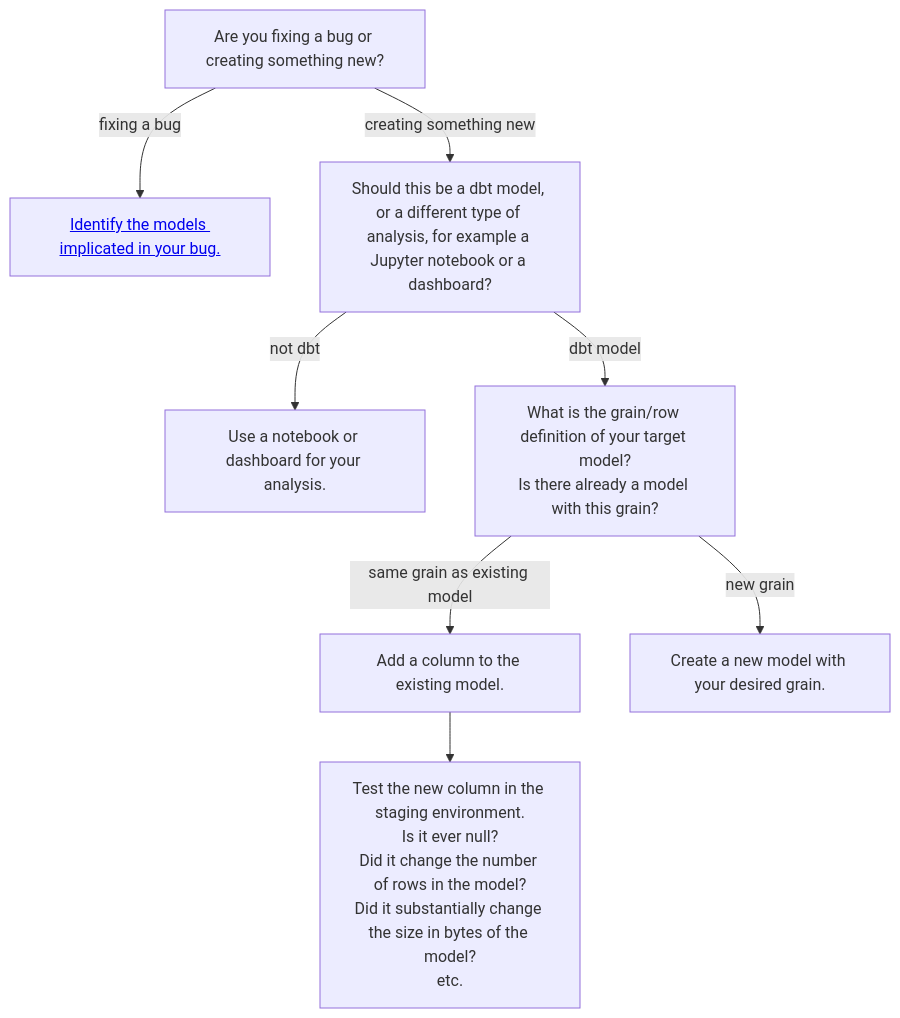
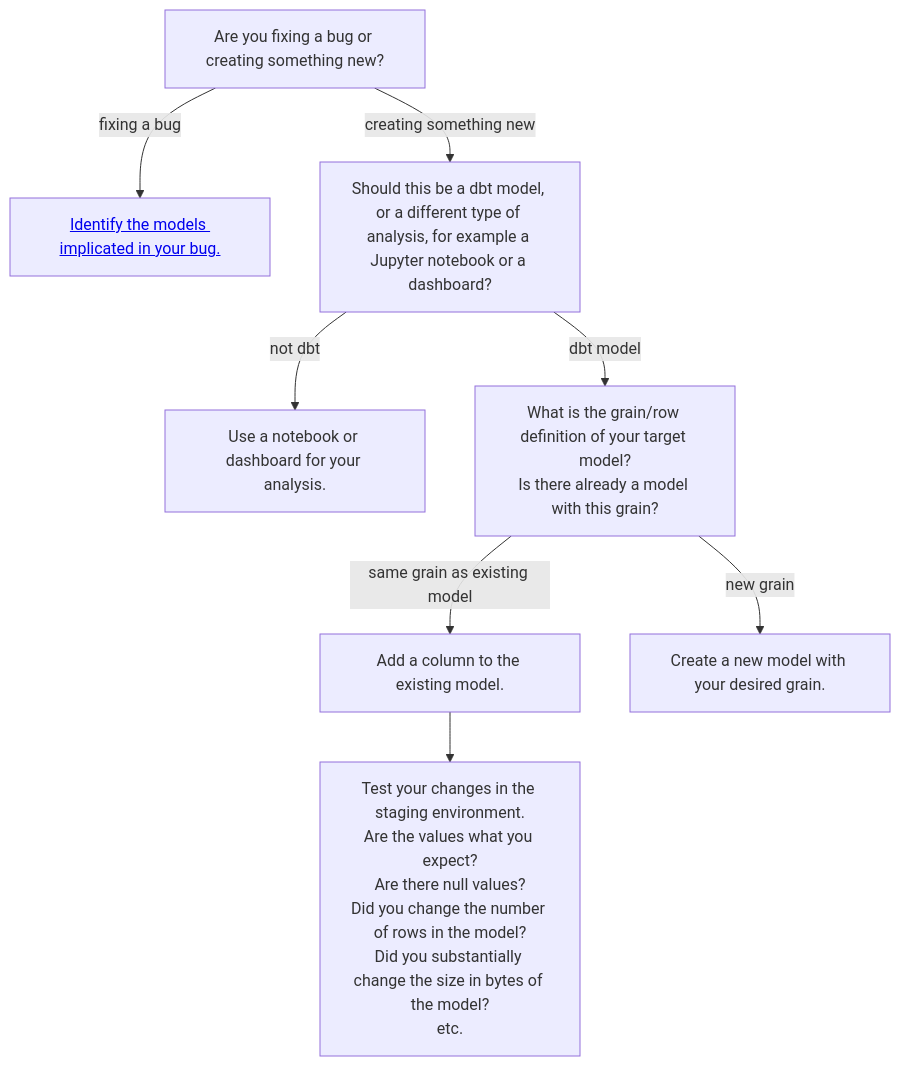
One commit to cal-itp/data-infra changed the diagram in docs/warehouse/developing_dbt_models.md. Above: the diagram before and after it, drawn with Mermaid. The commit also changed other lines of this file, not shown here.

Commit message:
expand on bug identification and test linking

````diff
--- a/docs/warehouse/developing_dbt_models.md
+++ b/docs/warehouse/developing_dbt_models.md
@@ -42,21 +42,21 @@
 ```{mermaid}
 flowchart TD
 
 workflow_type[Are you fixing a bug or creating something new?]
-identify_bug[<a href='identify-bug'>Identify the models implicated in your bug.</a>]
+identify_bug[<a href='.#identify-bug'>Identify the models implicated in your bug.</a>]
 tool_choice[Should this be a dbt model, or a different type of analysis, for example a Jupyter notebook or a dashboard?]
 not_dbt[Use a notebook or dashboard for your analysis.]
 grain[What is the grain/row definition of your target model?<br>Is there already a model with this grain?]
 add_column[Add a column to the existing model.]
 new_model[Create a new model with your desired grain.]
-test_column[Test the new column in the staging environment.<br>Is it ever null?<br>Did it change the number of rows in the model?<br>Did it substantially change the size in bytes of the model?<br>etc.]
+test_column[Test your changes in the staging environment.<br>Are the values what you expect?<br>Are there null values?<br>Did you change the number of rows in the model?<br>Did you substantially change the size in bytes of the model?<br>etc.]
 
 workflow_type -- fixing a bug --> identify_bug
 workflow_type -- creating something new --> tool_choice
 tool_choice -- dbt model--> grain
 tool_choice -- not dbt --> not_dbt
 grain -- same grain as existing model --> add_column
 grain -- new grain --> new_model
 add_column --> test_column
 new_model
 ```
````
